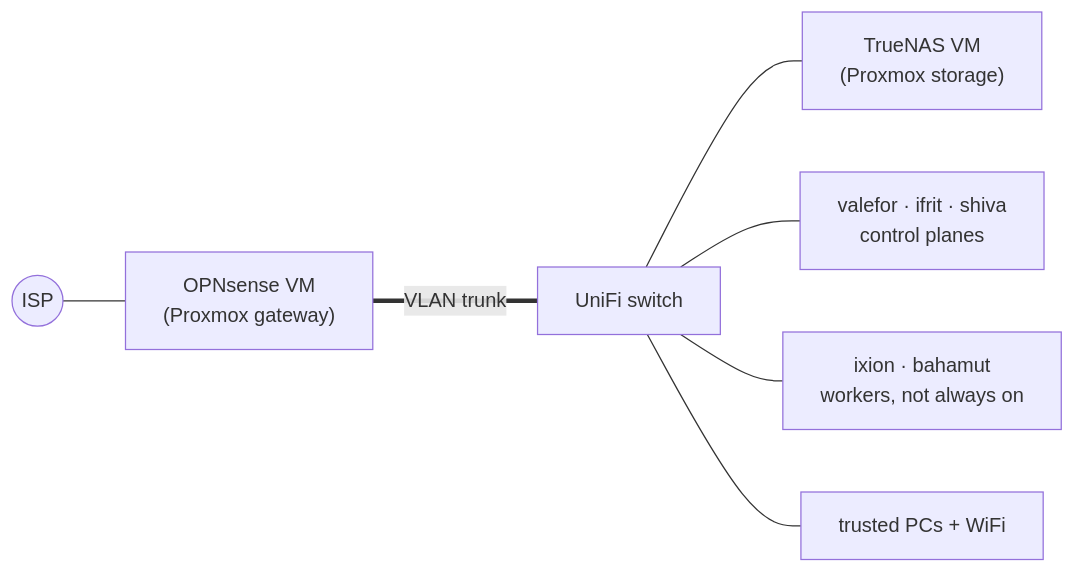
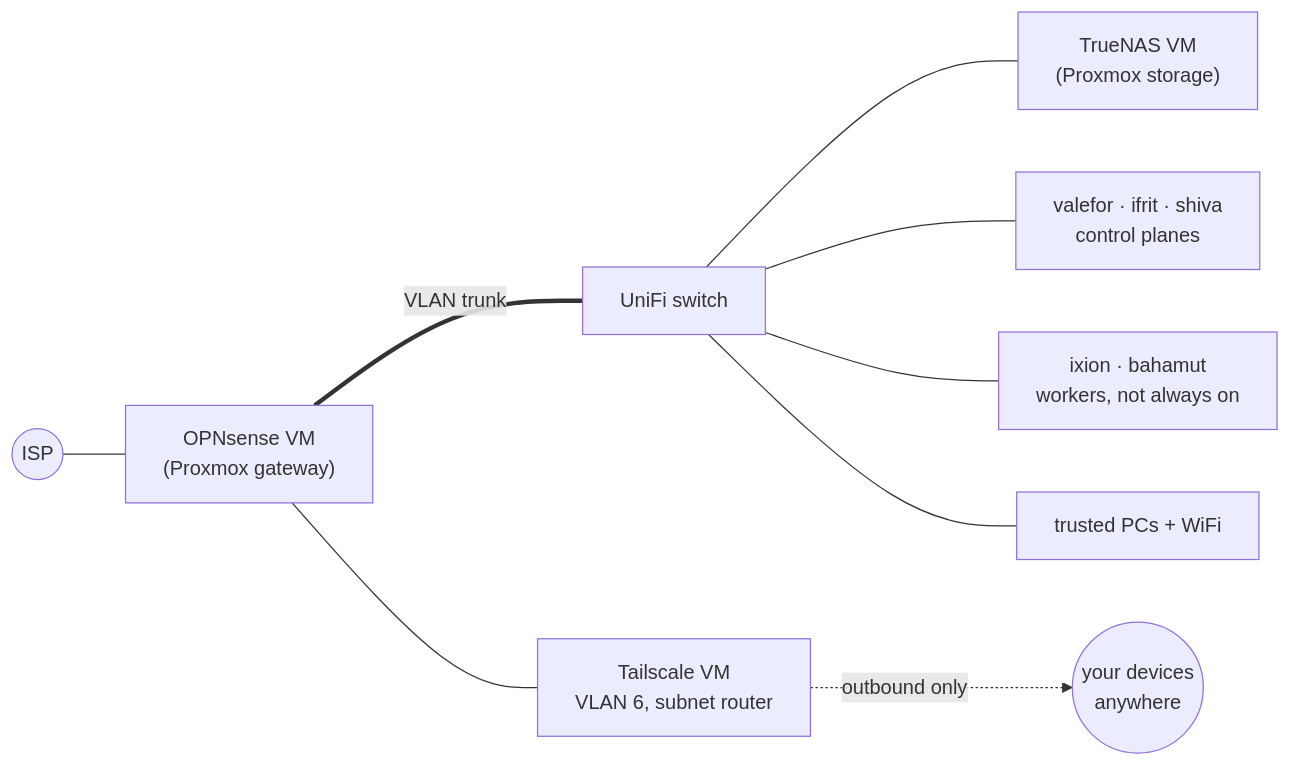
Before and after one commit to yuriy-kovalchuk/Homelab: the diagram in README.md, drawn with Mermaid. The commit also changed other lines of this file and 20 other files, not shown here.

````diff
--- a/README.md
+++ b/README.md
@@ -27,9 +28,11 @@
 ```mermaid
 flowchart LR
     isp((ISP)) --- opn["OPNsense VM<br/>(Proxmox gateway)"]
     opn ===|VLAN trunk| sw["UniFi switch"]
     sw --- nas["TrueNAS VM<br/>(Proxmox storage)"]
     sw --- cp["valefor · ifrit · shiva<br/>control planes"]
     sw --- wk["ixion · bahamut<br/>workers, not always on"]
     sw --- trusted["trusted PCs + WiFi"]
+    opn --- ts["Tailscale VM<br/>VLAN 6, subnet router"]
+    ts -.->|outbound only| tailnet(("your devices<br/>anywhere"))
 ```
````
